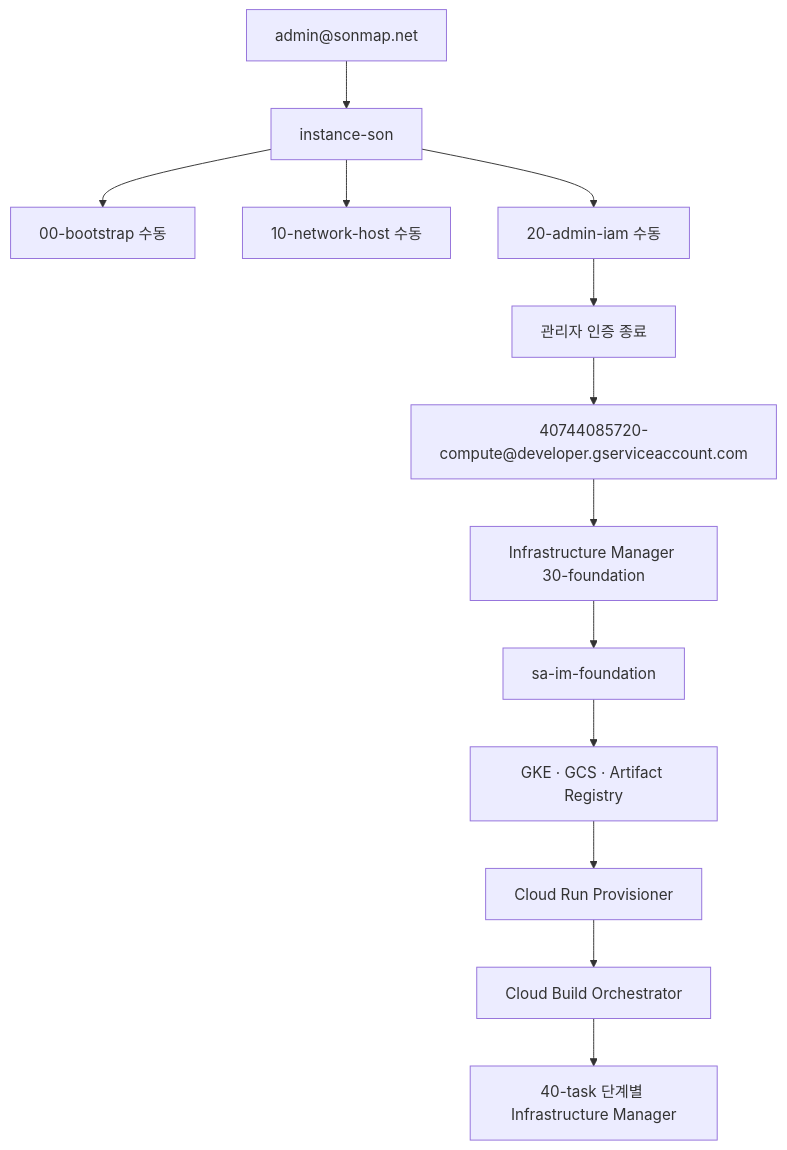
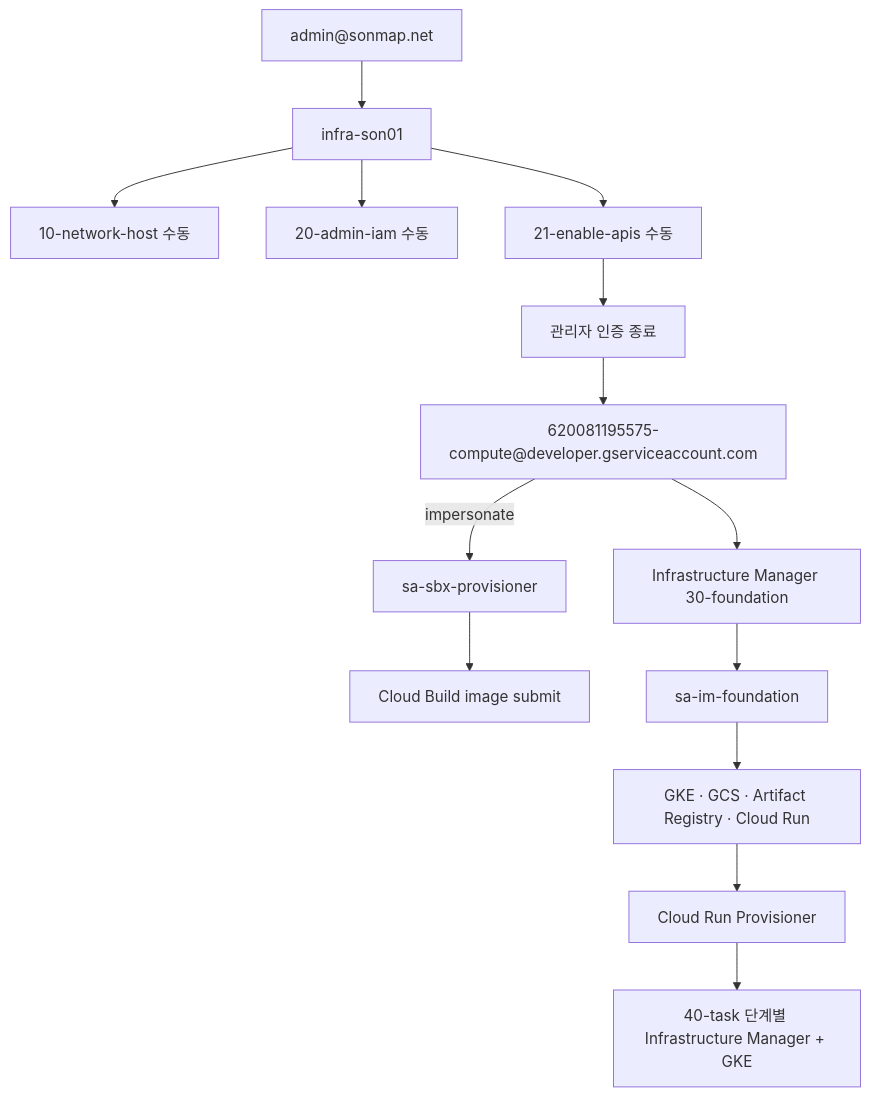
The diagram in docs/execution-and-iam.md (sonmap/Gcp_Managed_GKE_GIT_ETC_10), drawn with Mermaid before and after one commit. The commit also changed other lines of this file, not shown here.

````diff
--- a/docs/execution-and-iam.md
+++ b/docs/execution-and-iam.md
@@ -5,15 +5,16 @@
 ```mermaid
 flowchart TD
-    U["admin@sonmap.net"] --> VM["instance-son"]
-    VM --> M00["00-bootstrap 수동"]
+    U["admin@sonmap.net"] --> VM["infra-son01"]
     VM --> M10["10-network-host 수동"]
     VM --> M20["20-admin-iam 수동"]
-    M20 --> S["관리자 인증 종료"]
-    S --> VMSA["40744085720-compute@developer.gserviceaccount.com"]
+    VM --> M21["21-enable-apis 수동"]
+    M21 --> S["관리자 인증 종료"]
+    S --> VMSA["620081195575-compute@developer.gserviceaccount.com"]
+    VMSA -->|"impersonate"| PROV["sa-sbx-provisioner"]
+    PROV --> BUILD["Cloud Build image submit"]
     VMSA --> IM["Infrastructure Manager 30-foundation"]
     IM --> FSA["sa-im-foundation"]
-    FSA --> P["GKE · GCS · Artifact Registry"]
+    FSA --> P["GKE · GCS · Artifact Registry · Cloud Run"]
     P --> RUN["Cloud Run Provisioner"]
-    RUN --> BUILD["Cloud Build Orchestrator"]
-    BUILD --> TASK["40-task 단계별 Infrastructure Manager"]
+    RUN --> TASK["40-task 단계별 Infrastructure Manager + GKE"]
 ```
````
